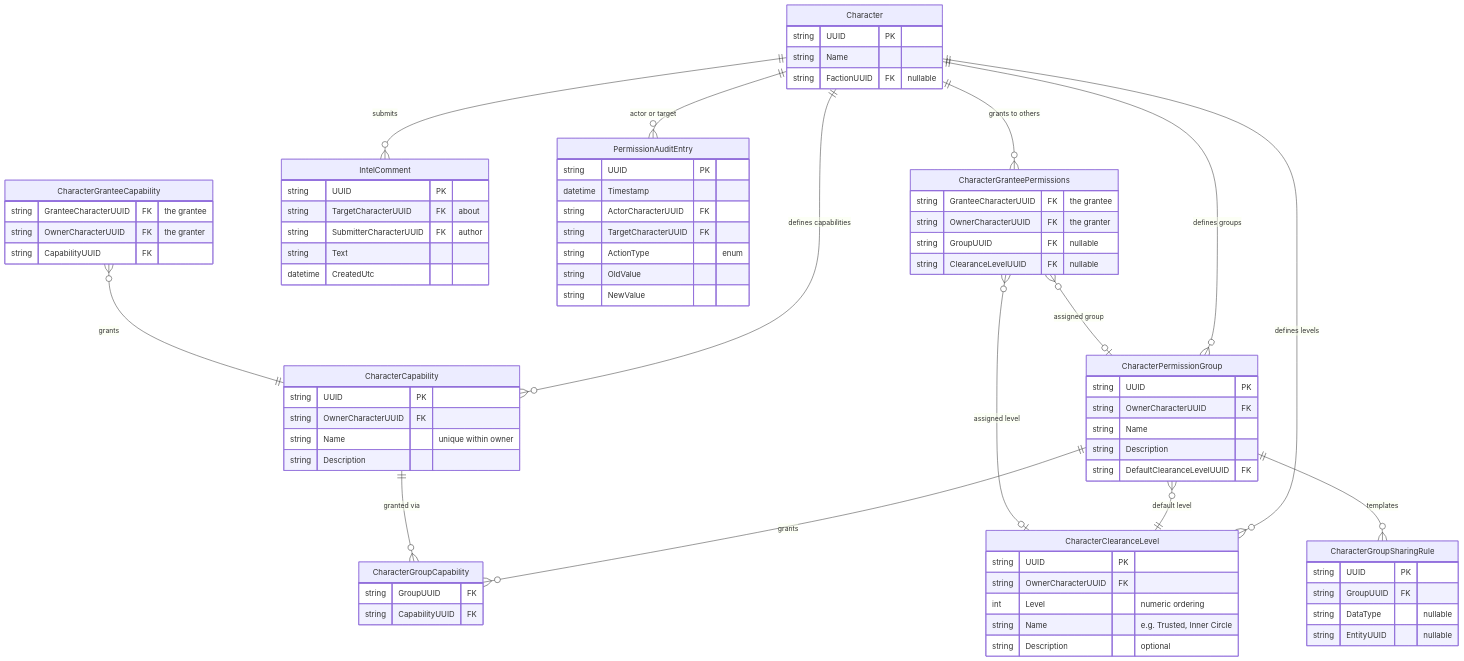
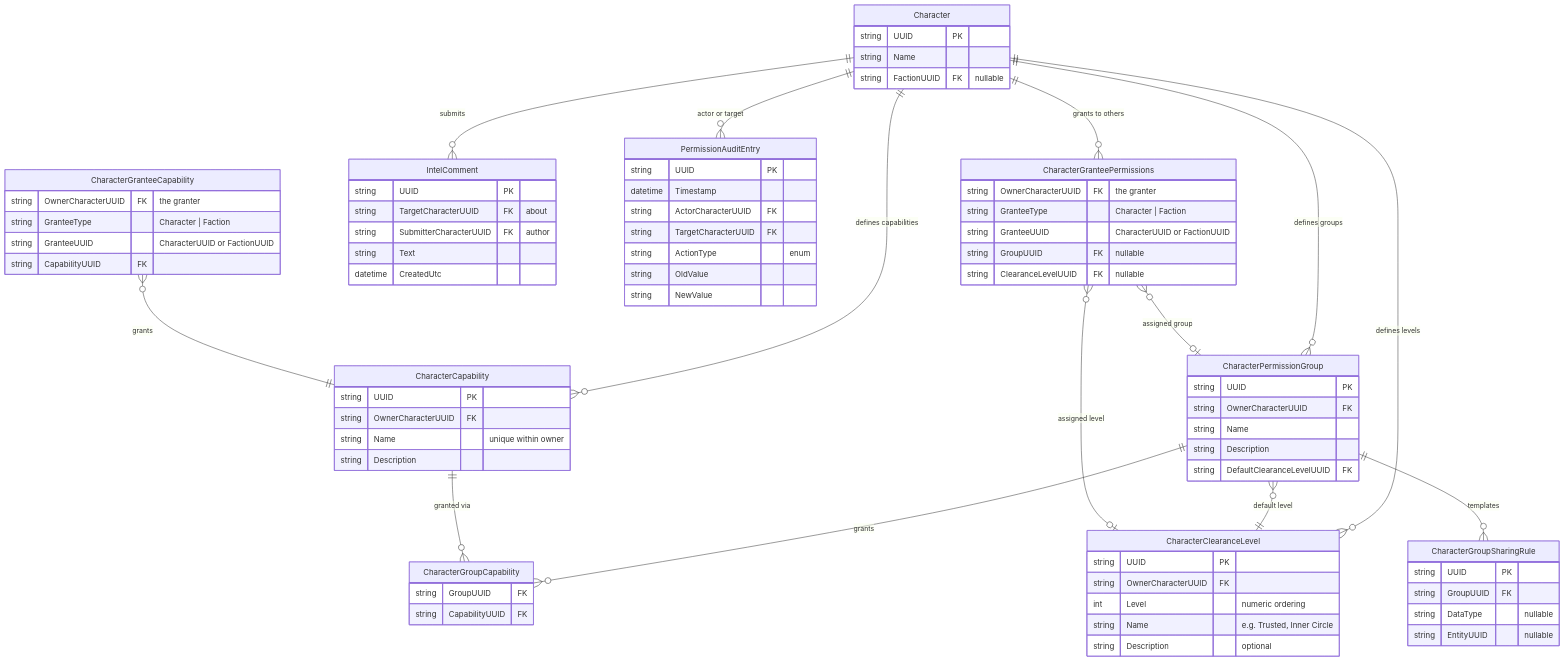
The eighth of 8 diagrams in .kiro/specs/faction-server-expanded-permissions/design.md (scalorn/OuterEmpires2EmpireTracker), drawn with Mermaid before and after one commit. The commit also changed other lines of this file and 1 other file, not shown here.

First line of the commit message:
Resolve all open questions; CharacterGranteePermissions supports faction grantees

```diff
--- a/.kiro/specs/faction-server-expanded-permissions/design.md
+++ b/.kiro/specs/faction-server-expanded-permissions/design.md
@@ -607,8 +611,9 @@
     CharacterCapability ||--o{ CharacterGroupCapability : "granted via"
 
     CharacterGranteePermissions {
-        string GranteeCharacterUUID FK "the grantee"
         string OwnerCharacterUUID FK "the granter"
+        string GranteeType "Character | Faction"
+        string GranteeUUID "CharacterUUID or FactionUUID"
         string GroupUUID FK "nullable"
         string ClearanceLevelUUID FK "nullable"
     }
@@ -617,8 +622,9 @@
     CharacterGranteePermissions }o--o| CharacterClearanceLevel : "assigned level"
 
     CharacterGranteeCapability {
-        string GranteeCharacterUUID FK "the grantee"
         string OwnerCharacterUUID FK "the granter"
+        string GranteeType "Character | Faction"
+        string GranteeUUID "CharacterUUID or FactionUUID"
         string CapabilityUUID FK
     }
 
```
